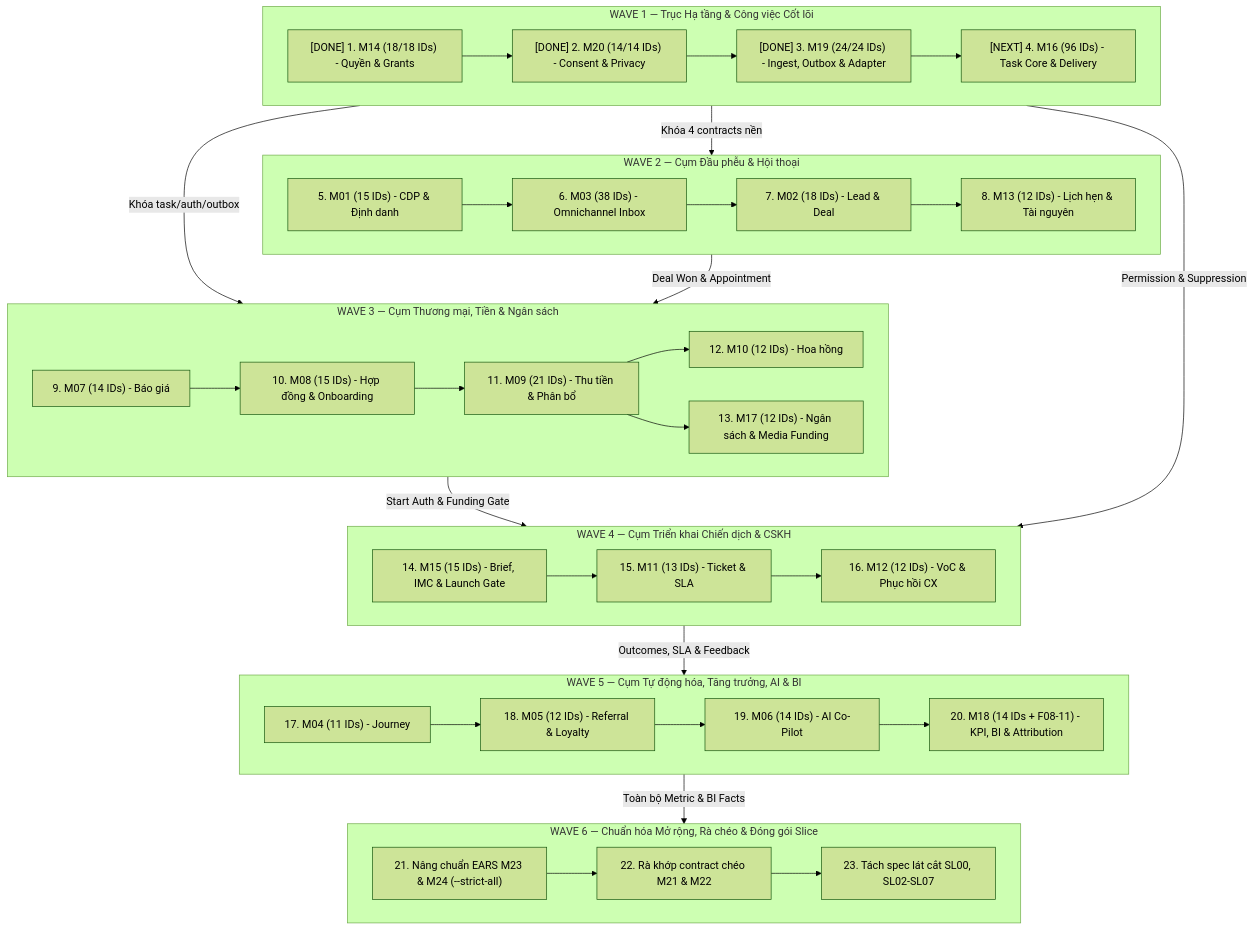
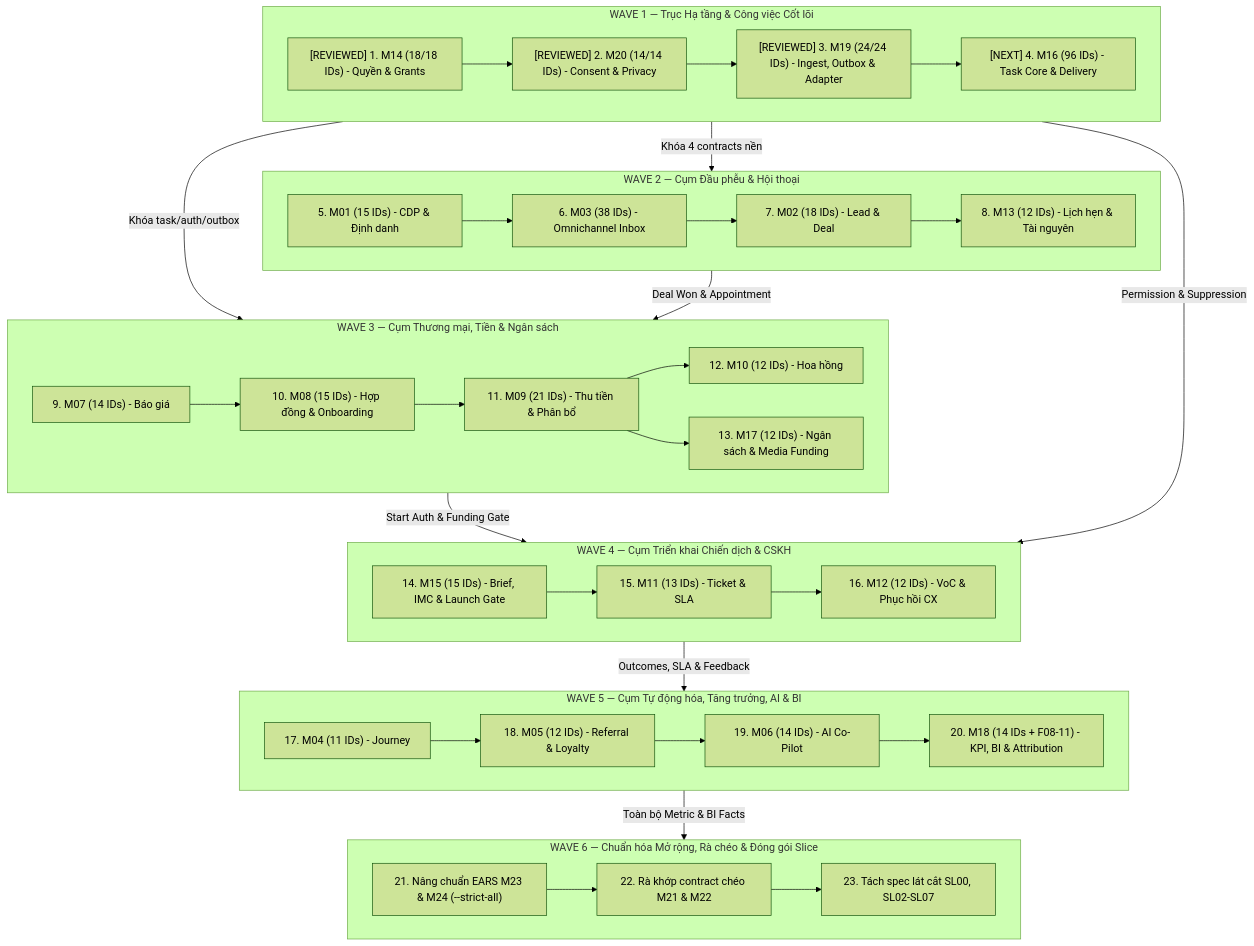
Before and after one commit to thuanmartech-dotcom/crm-marketing: the diagram in 03-planning/DECOMPOSITION-PLAN.md, drawn with Mermaid (forest theme). The commit also changed other lines of this file and 28 other files, not shown here.

````diff
--- a/03-planning/DECOMPOSITION-PLAN.md
+++ b/03-planning/DECOMPOSITION-PLAN.md
@@ -23,51 +23,51 @@
 ```mermaid
 flowchart TB
   subgraph W1["WAVE 1 — Trục Hạ tầng & Công việc Cốt lõi"]
     direction LR
-    M14["[DONE] 1. M14 (18/18 IDs) - Quyền & Grants"] --> M20["[DONE] 2. M20 (14/14 IDs) - Consent & Privacy"]
-    M20 --> M19["[DONE] 3. M19 (24/24 IDs) - Ingest, Outbox & Adapter"]
+    M14["[REVIEWED] 1. M14 (18/18 IDs) - Quyền & Grants"] --> M20["[REVIEWED] 2. M20 (14/14 IDs) - Consent & Privacy"]
+    M20 --> M19["[REVIEWED] 3. M19 (24/24 IDs) - Ingest, Outbox & Adapter"]
     M19 --> M16["[NEXT] 4. M16 (96 IDs) - Task Core & Delivery"]
   end
 
   subgraph W2["WAVE 2 — Cụm Đầu phễu & Hội thoại"]
     direction LR
     M01["5. M01 (15 IDs) - CDP & Định danh"] --> M03["6. M03 (38 IDs) - Omnichannel Inbox"]
     M03 --> M02["7. M02 (18 IDs) - Lead & Deal"]
     M02 --> M13["8. M13 (12 IDs) - Lịch hẹn & Tài nguyên"]
   end
 
   subgraph W3["WAVE 3 — Cụm Thương mại, Tiền & Ngân sách"]
     direction LR
     M07["9. M07 (14 IDs) - Báo giá"] --> M08["10. M08 (15 IDs) - Hợp đồng & Onboarding"]
     M08 --> M09["11. M09 (21 IDs) - Thu tiền & Phân bổ"]
     M09 --> M10["12. M10 (12 IDs) - Hoa hồng"]
     M09 --> M17["13. M17 (12 IDs) - Ngân sách & Media Funding"]
   end
 
   subgraph W4["WAVE 4 — Cụm Triển khai Chiến dịch & CSKH"]
     direction LR
     M15["14. M15 (15 IDs) - Brief, IMC & Launch Gate"] --> M11["15. M11 (13 IDs) - Ticket & SLA"]
     M11 --> M12["16. M12 (12 IDs) - VoC & Phục hồi CX"]
   end
 
   subgraph W5["WAVE 5 — Cụm Tự động hóa, Tăng trưởng, AI & BI"]
     direction LR
     M04["17. M04 (11 IDs) - Journey"] --> M05["18. M05 (12 IDs) - Referral & Loyalty"]
     M05 --> M06["19. M06 (14 IDs) - AI Co-Pilot"]
     M06 --> M18["20. M18 (14 IDs + F08-11) - KPI, BI & Attribution"]
   end
 
   subgraph W6["WAVE 6 — Chuẩn hóa Mở rộng, Rà chéo & Đóng gói Slice"]
     direction LR
     M2324["21. Nâng chuẩn EARS M23 & M24 (--strict-all)"] --> M2122["22. Rà khớp contract chéo M21 & M22"]
     M2122 --> SLICES["23. Tách spec lát cắt SL00, SL02-SL07"]
   end
 
   W1 -->|"Khóa 4 contracts nền"| W2
   W1 -->|"Khóa task/auth/outbox"| W3
   W2 -->|"Deal Won & Appointment"| W3
   W3 -->|"Start Auth & Funding Gate"| W4
   W1 -->|"Permission & Suppression"| W4
   W4 -->|"Outcomes, SLA & Feedback"| W5
   W5 -->|"Toàn bộ Metric & BI Facts"| W6
 ```
````
